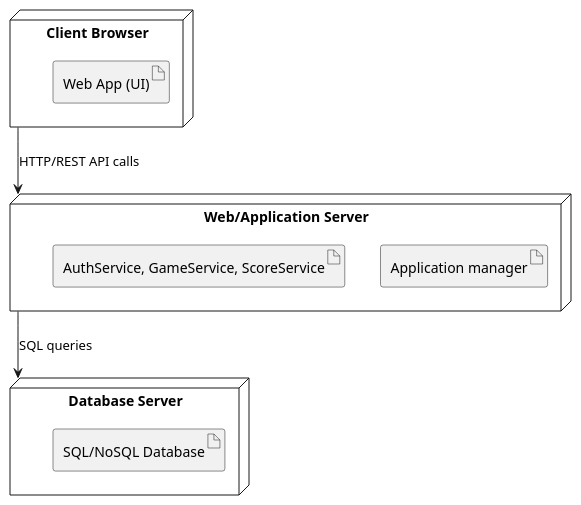
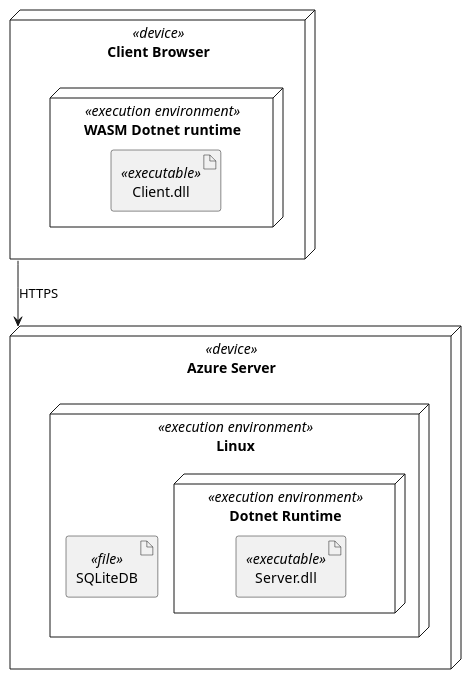
The diagram in Diagrams/deployment_diagram.puml (Cryptic5/itsSoOverlief), drawn with PlantUML before and after one commit.

Commit message:
updated deployment diagram

```diff
--- a/Diagrams/deployment_diagram.puml
+++ b/Diagrams/deployment_diagram.puml
@@ -1,27 +1,19 @@
 @startuml
-' Define the client node
-node "Client Browser" as Client {
-  artifact "Web App (UI)" as WebUI
+node "Client Browser" as Client <<device>> {
+  node "WASM Dotnet runtime" as ClientRuntime <<execution environment>> {
+        artifact "Client.dll" <<executable>>
+    }
 }
 
-' Define the web/application server node
-node "Web/Application Server" as AppServer {
-  artifact "Application manager" as AppArtifact
-  artifact "AuthService, GameService, ScoreService" as ServiceArtifact
-}
-
-' Define the database server node
-node "Database Server" as DBServer {
-  artifact "SQL/NoSQL Database" as Database
+node "Azure Server" as Server <<device>> { 
+    node "Linux" as Linux <<execution environment>> {
+        node "Dotnet Runtime" as Dotnet <<execution environment>> {
+            artifact "Server.dll" as ServerArtifact <<executable>>
+        }
+        artifact "SQLiteDB" as SQLiteDB <<file>>
+    }
 }
 
 ' Communication between nodes
-Client --> AppServer : HTTP/REST API calls
-AppServer --> DBServer : SQL queries
-
-' Optional: if using a CI/CD server or Load Balancer, you could add:
-'node "Load Balancer" as LB {
-'  artifact "LB" as LBArtifact
-'}
-'LB --> AppServer
+Client --> Server : HTTPS
 @enduml
```
